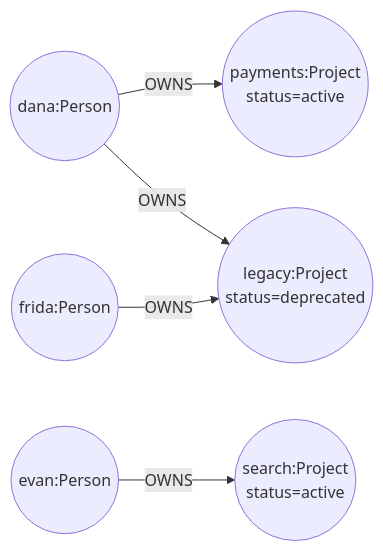
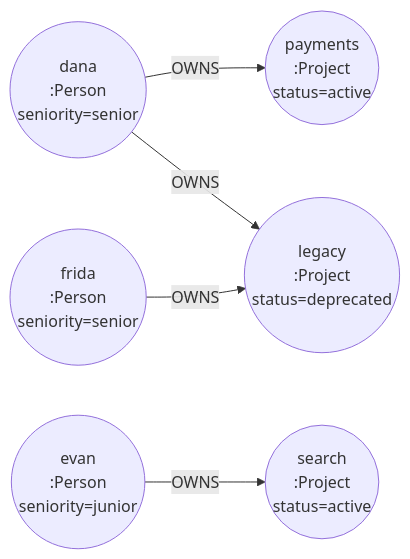
Before and after one commit to xergioalex/agent-lab: the first of 2 diagrams in src/44_graph_modeling_cypher/README.md, drawn with Mermaid. The commit also changed other lines of this file and 64 other files, not shown here.

First line of the commit message:
docs(docs): premium Mermaid diagram pass on all 64 module READMEs

````diff
--- a/src/44_graph_modeling_cypher/README.md
+++ b/src/44_graph_modeling_cypher/README.md
@@ -63,7 +65,7 @@
 ```mermaid
-graph LR
-    dana((dana:Person)) -->|OWNS| payments((payments:Project<br/>status=active))
-    dana -->|OWNS| legacy((legacy:Project<br/>status=deprecated))
-    evan((evan:Person)) -->|OWNS| search((search:Project<br/>status=active))
-    frida((frida:Person)) -->|OWNS| legacy
+flowchart LR
+    dana(("dana<br/>:Person<br/>seniority=senior")) -->|"OWNS"| payments(("payments<br/>:Project<br/>status=active"))
+    dana -->|"OWNS"| legacy(("legacy<br/>:Project<br/>status=deprecated"))
+    evan(("evan<br/>:Person<br/>seniority=junior")) -->|"OWNS"| search(("search<br/>:Project<br/>status=active"))
+    frida(("frida<br/>:Person<br/>seniority=senior")) -->|"OWNS"| legacy
 ```
````
